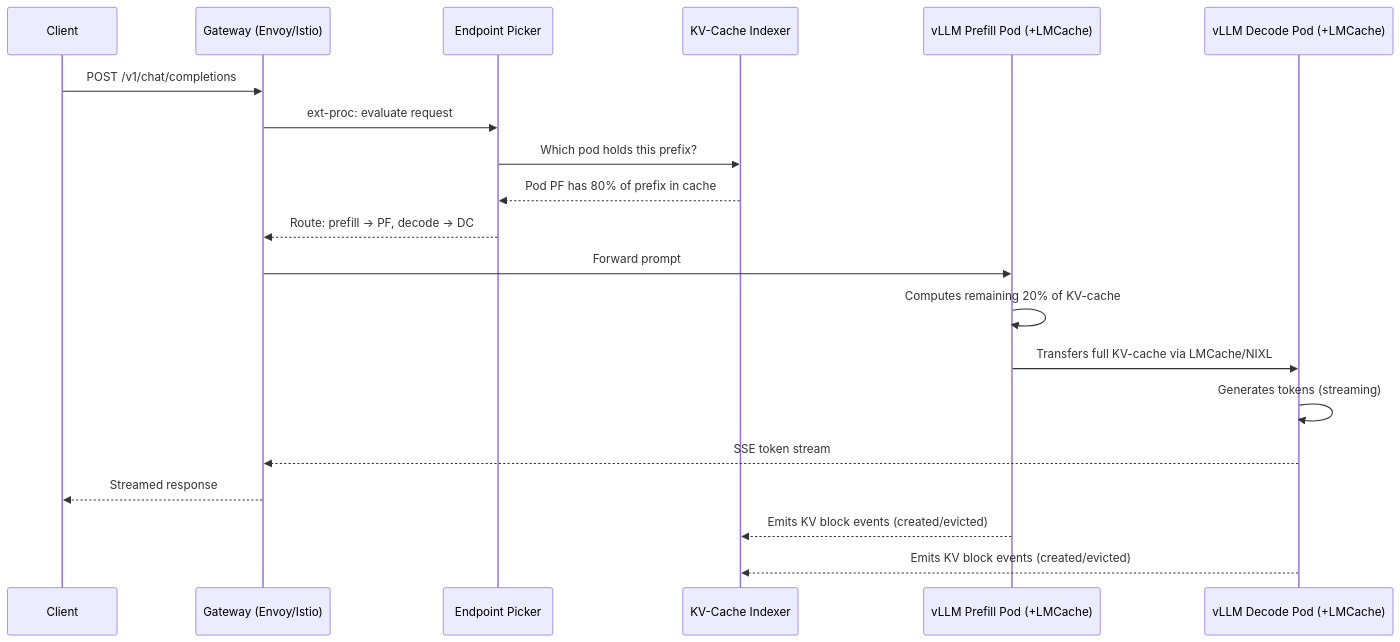
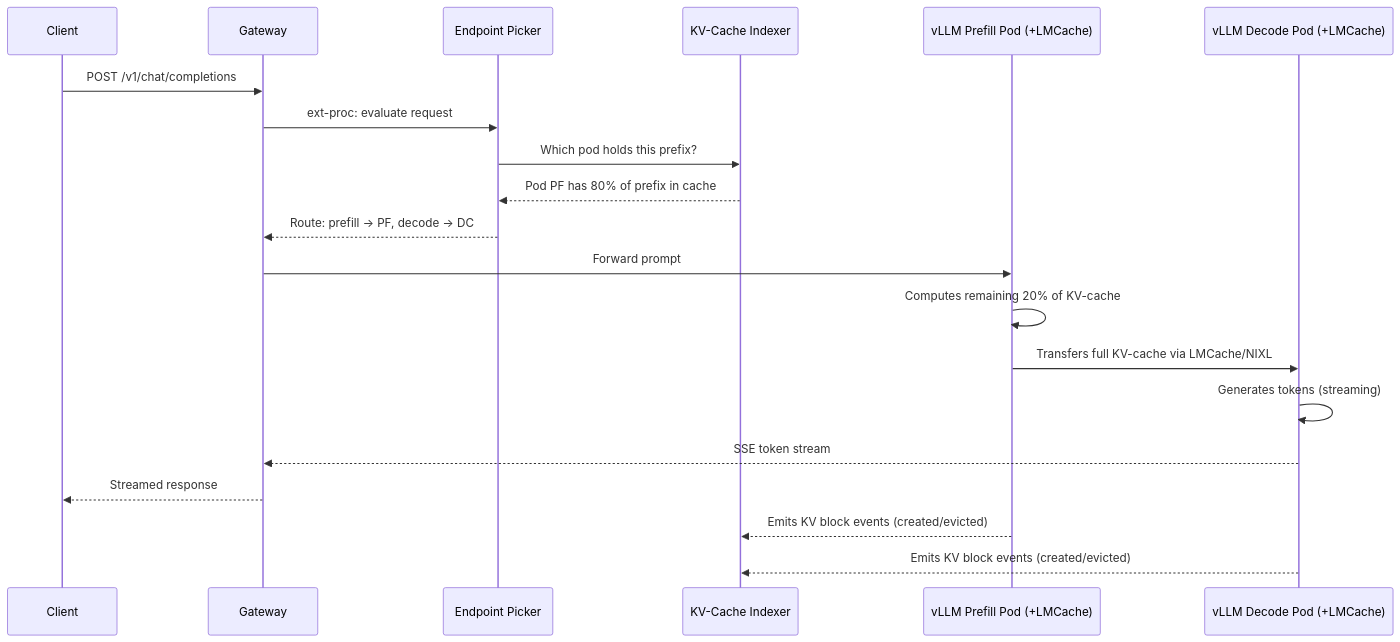
Diagram 22 of 26 in docs/explain/llm-d.md (ADORSYS-GIS/Custom-Ai-Ops), drawn with Mermaid before and after one commit. The commit also changed other lines of this file and 111 other files, not shown here.

````diff
--- a/docs/explain/llm-d.md
+++ b/docs/explain/llm-d.md
@@ -875,23 +913,23 @@
 ```mermaid
 sequenceDiagram
     participant C as Client
-    participant GW as Gateway (Envoy/Istio)
+    participant GW as Gateway
     participant EPP as Endpoint Picker
     participant IDX as KV-Cache Indexer
     participant PF as vLLM Prefill Pod (+LMCache)
     participant DC as vLLM Decode Pod (+LMCache)
 
     C->>GW: POST /v1/chat/completions
     GW->>EPP: ext-proc: evaluate request
     EPP->>IDX: Which pod holds this prefix?
     IDX-->>EPP: Pod PF has 80% of prefix in cache
     EPP-->>GW: Route: prefill → PF, decode → DC
     GW->>PF: Forward prompt
     PF->>PF: Computes remaining 20% of KV-cache
     PF->>DC: Transfers full KV-cache via LMCache/NIXL
     DC->>DC: Generates tokens (streaming)
     DC-->>GW: SSE token stream
     GW-->>C: Streamed response
     PF-->>IDX: Emits KV block events (created/evicted)
     DC-->>IDX: Emits KV block events (created/evicted)
 ```
````
